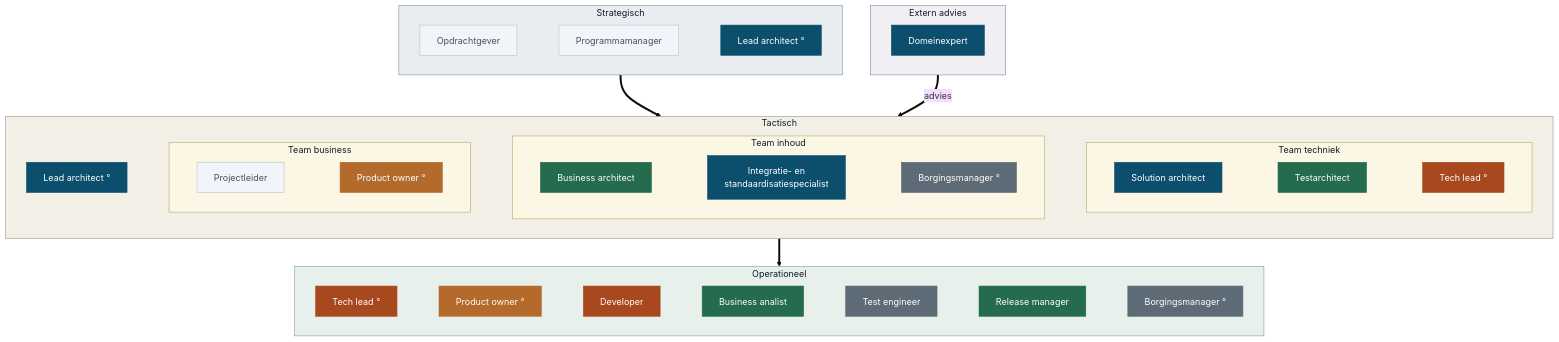
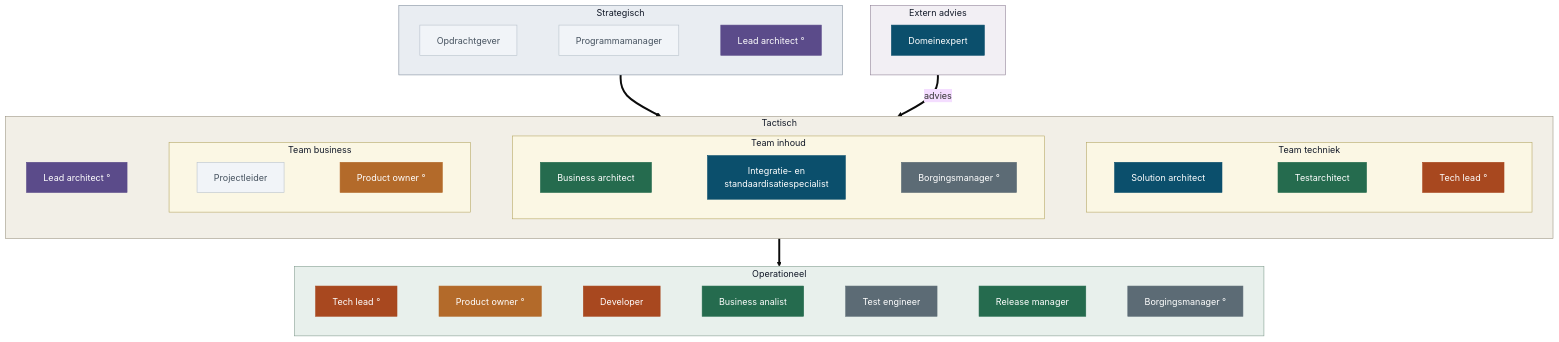
One commit to Npuls-OKx/meta changed the fourth of 4 diagrams in presentaties/src/260903_rollen.md. Above: the diagram before and after it, drawn with Mermaid (base theme). The commit also changed other lines of this file, not shown here.

First line of the commit message:
Slide 2 als stappenketen, lead architect als eigen rubriek

````diff
--- a/presentaties/src/260903_rollen.md
+++ b/presentaties/src/260903_rollen.md
@@ -451,62 +473,62 @@
 ```mermaid
 flowchart TB
   subgraph EX["Extern advies"]
     direction LR
     DE["Domeinexpert"]
   end
   subgraph S["Strategisch"]
     direction LR
     OG["Opdrachtgever"] ~~~ PM["Programmamanager"] ~~~ LA1["Lead architect °"]
   end
   subgraph T["Tactisch"]
     direction LR
     LA2["Lead architect °"]
     subgraph TB2["Team business"]
       direction LR
       PL["Projectleider"] ~~~ PO1["Product owner °"]
     end
     subgraph TI["Team inhoud"]
       direction LR
       BAR["Business architect"] ~~~ IS["Integratie- en<br/>standaardisatiespecialist"] ~~~ BM1["Borgingsmanager °"]
     end
     subgraph TT["Team techniek"]
       direction LR
       SA["Solution architect"] ~~~ TA["Testarchitect"] ~~~ TL1["Tech lead °"]
     end
     LA2 ~~~ TB2 ~~~ TI ~~~ TT
   end
   subgraph O["Operationeel"]
     direction LR
     TL2["Tech lead °"] ~~~ PO2["Product owner °"] ~~~ DEV["Developer"] ~~~ BA["Business analist"] ~~~ TE["Test engineer"] ~~~ RM["Release manager"] ~~~ BM2["Borgingsmanager °"]
   end
   S ==> T
   T ==> O
   EX ==>|advies| T
   style TB2 fill:#fbf7e4,stroke:#b3a55f,color:#111827
   style TI fill:#fbf7e4,stroke:#b3a55f,color:#111827
   style TT fill:#fbf7e4,stroke:#b3a55f,color:#111827
   style EX fill:#f2eff4,stroke:#8c7e94,color:#111827
   style S fill:#e9edf2,stroke:#7d8a99,color:#111827
   style T fill:#f2efe7,stroke:#9a9280,color:#111827
   style O fill:#e8f0ec,stroke:#7f9a8c,color:#111827
-  style LA1 fill:#0B4F6C,stroke:#0B4F6C,color:#fff
-  style LA2 fill:#0B4F6C,stroke:#0B4F6C,color:#fff
+  style LA1 fill:#5B4B8A,stroke:#5B4B8A,color:#fff
+  style LA2 fill:#5B4B8A,stroke:#5B4B8A,color:#fff
   style SA fill:#0B4F6C,stroke:#0B4F6C,color:#fff
   style IS fill:#0B4F6C,stroke:#0B4F6C,color:#fff
   style DE fill:#0B4F6C,stroke:#0B4F6C,color:#fff
   style PO1 fill:#B36A2A,stroke:#B36A2A,color:#fff
   style PO2 fill:#B36A2A,stroke:#B36A2A,color:#fff
   style TL1 fill:#A8481F,stroke:#A8481F,color:#fff
   style TL2 fill:#A8481F,stroke:#A8481F,color:#fff
   style DEV fill:#A8481F,stroke:#A8481F,color:#fff
   style BAR fill:#256B4E,stroke:#256B4E,color:#fff
   style BA fill:#256B4E,stroke:#256B4E,color:#fff
   style TA fill:#256B4E,stroke:#256B4E,color:#fff
   style RM fill:#256B4E,stroke:#256B4E,color:#fff
   style TE fill:#5C6B75,stroke:#5C6B75,color:#fff
   style BM1 fill:#5C6B75,stroke:#5C6B75,color:#fff
   style BM2 fill:#5C6B75,stroke:#5C6B75,color:#fff
   style OG fill:#f1f4f8,stroke:#b7c0ca,color:#46525f
   style PM fill:#f1f4f8,stroke:#b7c0ca,color:#46525f
   style PL fill:#f1f4f8,stroke:#b7c0ca,color:#46525f
 ```
````
